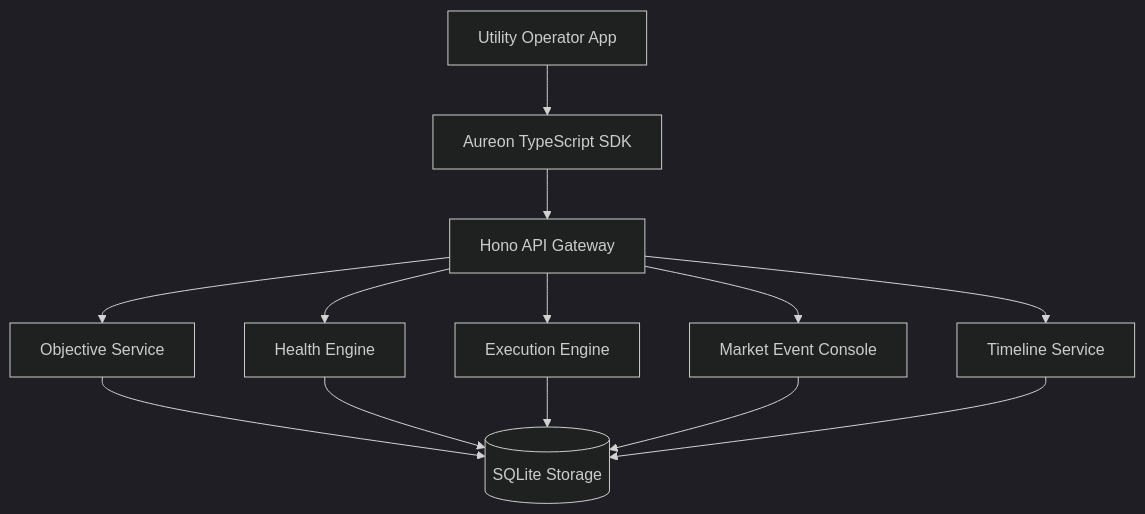
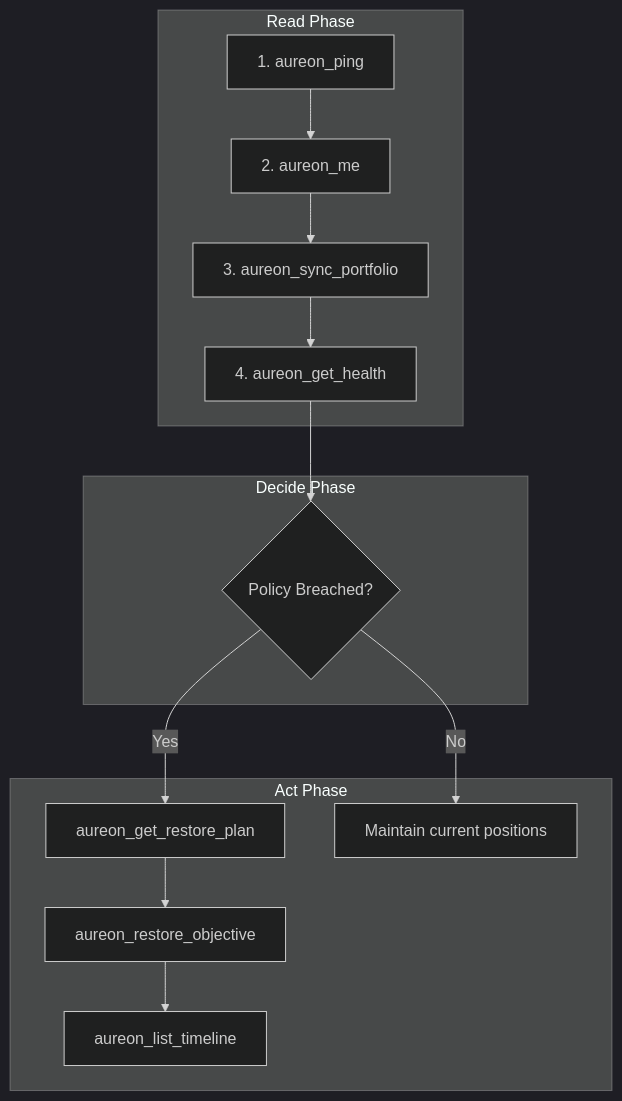
Before and after one commit to buildaureon/aureon-mcp: the second of 2 diagrams in README.md, drawn with Mermaid (dark theme). The commit also changed other lines of this file, not shown here.

````diff
--- a/README.md
+++ b/README.md
@@ -46,25 +341,19 @@
 ```mermaid
 flowchart TD
-  Utility[Utility Operator App]
-  SDK[Aureon TypeScript SDK]
-  API[Hono API Gateway]
-  Obj[Objective Service]
-  Health[Health Engine]
-  Exec[Execution Engine]
-  Market[Market Event Console]
-  Timeline[Timeline Service]
-  DB[(SQLite Storage)]
+  subgraph Read Phase
+    R1[1. aureon_ping] --> R2[2. aureon_me]
+    R2 --> R3[3. aureon_sync_portfolio]
+    R3 --> R4[4. aureon_get_health]
+  end
 
-  Utility --> SDK
-  SDK --> API
-  API --> Obj
-  API --> Health
-  API --> Exec
-  API --> Market
-  API --> Timeline
-  Obj --> DB
-  Health --> DB
-  Exec --> DB
-  Market --> DB
-  Timeline --> DB
+  subgraph Decide Phase
+    R4 --> D1{Policy Breached?}
+  end
+
+  subgraph Act Phase
+    D1 -- Yes --> A1[aureon_get_restore_plan]
+    A1 --> A2[aureon_restore_objective]
+    A2 --> A3[aureon_list_timeline]
+    D1 -- No --> A4[Maintain current positions]
+  end
 ```
````
